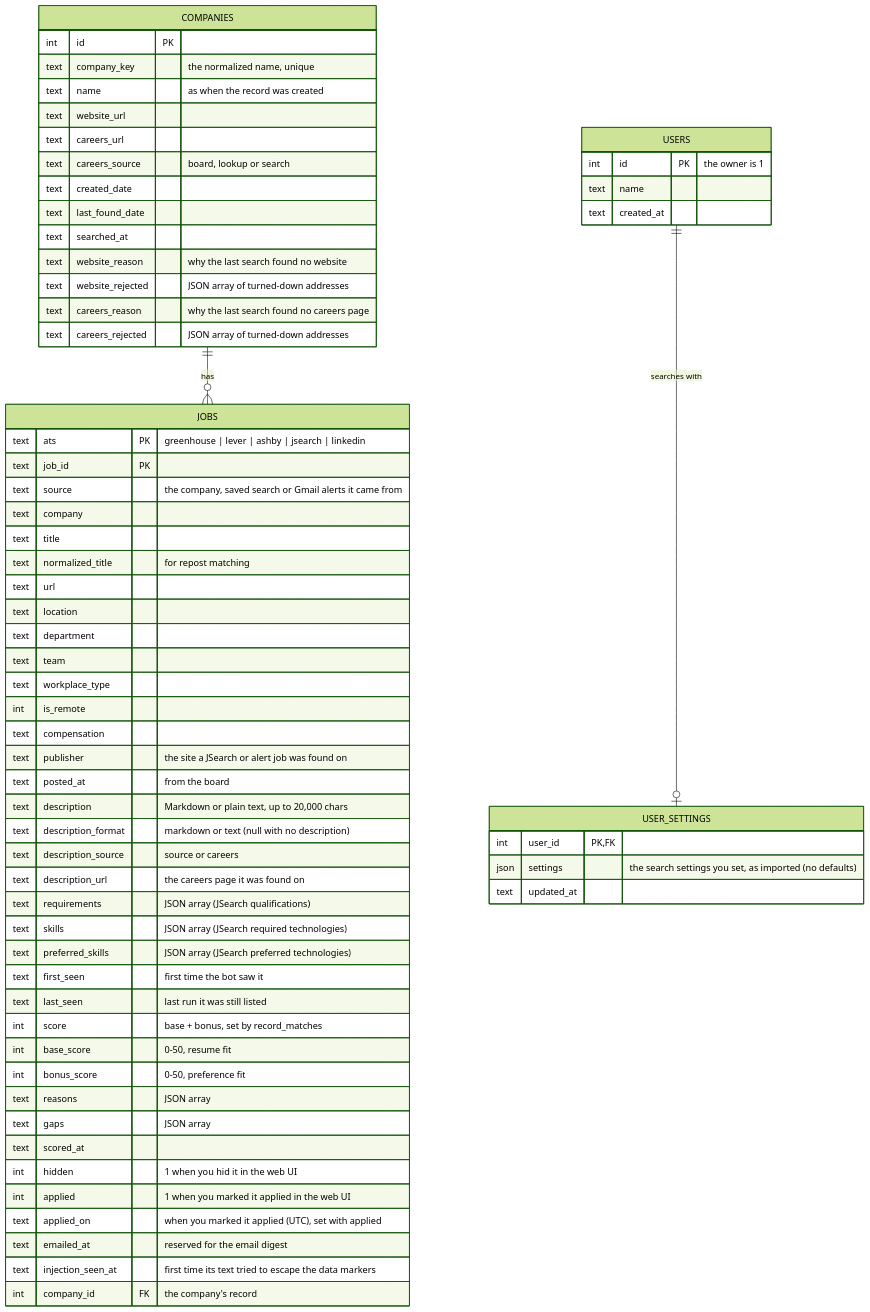
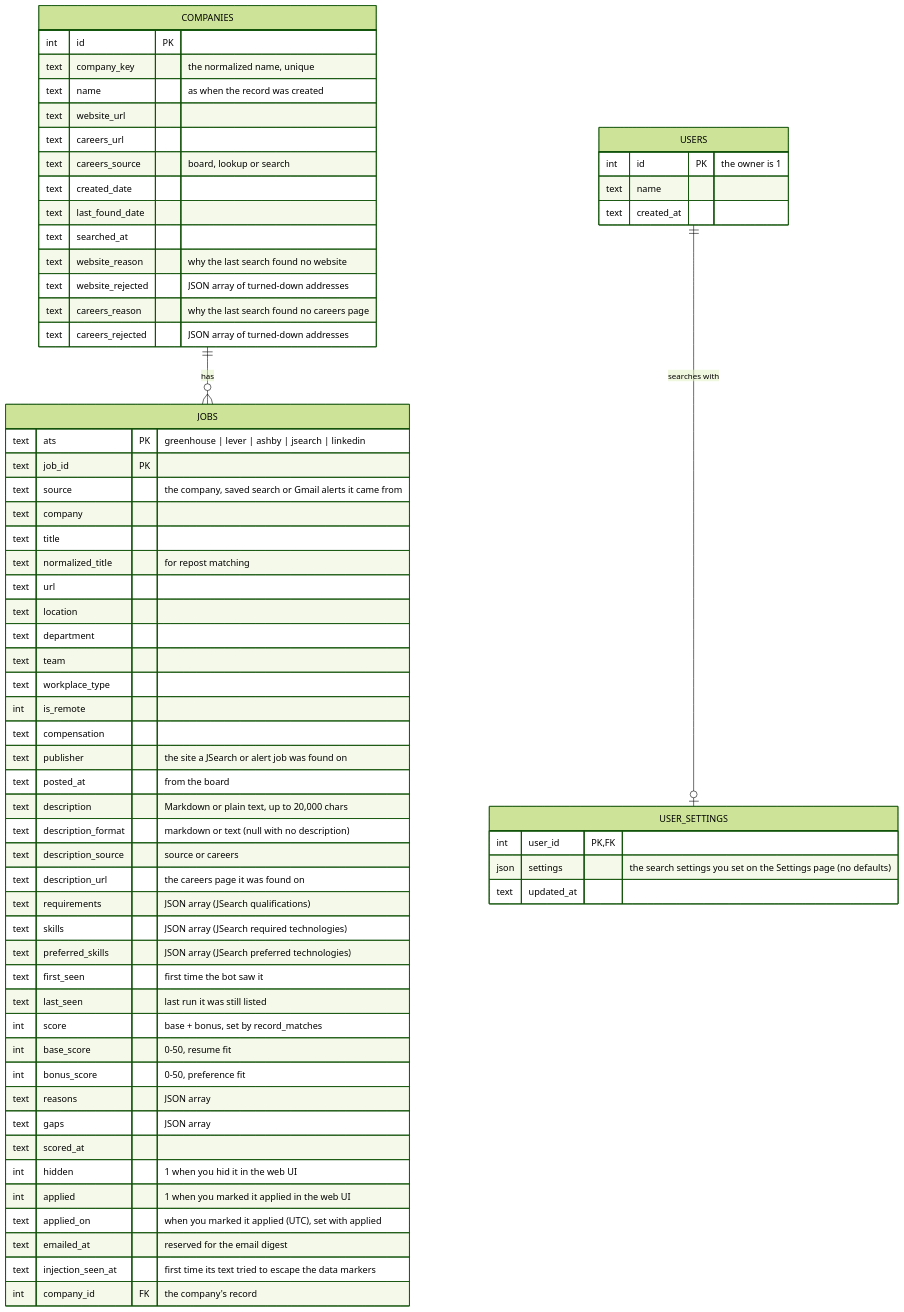
One commit to risingfish/myjobbot changed the sixth of 7 diagrams in README.md. Above: the diagram before and after it, drawn with Mermaid (forest theme). The commit also changed other lines of this file and 4 other files, not shown here.

Commit message:
Document the Settings page editor (016 PR 5b) (#61)

````diff
--- a/README.md
+++ b/README.md
@@ -581,68 +580,68 @@
 ```mermaid
 erDiagram
     JOBS {
         text ats PK "greenhouse | lever | ashby | jsearch | linkedin"
         text job_id PK
         text source "the company, saved search or Gmail alerts it came from"
         text company
         text title
         text normalized_title "for repost matching"
         text url
         text location
         text department
         text team
         text workplace_type
         int is_remote
         text compensation
         text publisher "the site a JSearch or alert job was found on"
         text posted_at "from the board"
         text description "Markdown or plain text, up to 20,000 chars"
         text description_format "markdown or text (null with no description)"
         text description_source "source or careers"
         text description_url "the careers page it was found on"
         text requirements "JSON array (JSearch qualifications)"
         text skills "JSON array (JSearch required technologies)"
         text preferred_skills "JSON array (JSearch preferred technologies)"
         text first_seen "first time the bot saw it"
         text last_seen "last run it was still listed"
         int score "base + bonus, set by record_matches"
         int base_score "0-50, resume fit"
         int bonus_score "0-50, preference fit"
         text reasons "JSON array"
         text gaps "JSON array"
         text scored_at
         int hidden "1 when you hid it in the web UI"
         int applied "1 when you marked it applied in the web UI"
         text applied_on "when you marked it applied (UTC), set with applied"
         text emailed_at "reserved for the email digest"
         text injection_seen_at "first time its text tried to escape the data markers"
         int company_id FK "the company's record"
     }
     COMPANIES {
         int id PK
         text company_key "the normalized name, unique"
         text name "as when the record was created"
         text website_url
         text careers_url
         text careers_source "board, lookup or search"
         text created_date
         text last_found_date
         text searched_at
         text website_reason "why the last search found no website"
         text website_rejected "JSON array of turned-down addresses"
         text careers_reason "why the last search found no careers page"
         text careers_rejected "JSON array of turned-down addresses"
     }
     COMPANIES ||--o{ JOBS : "has"
     USERS {
         int id PK "the owner is 1"
         text name
         text created_at
     }
     USER_SETTINGS {
         int user_id PK, FK
-        json settings "the search settings you set, as imported (no defaults)"
+        json settings "the search settings you set on the Settings page (no defaults)"
         text updated_at
     }
     USERS ||--o| USER_SETTINGS : "searches with"
 ```
````
